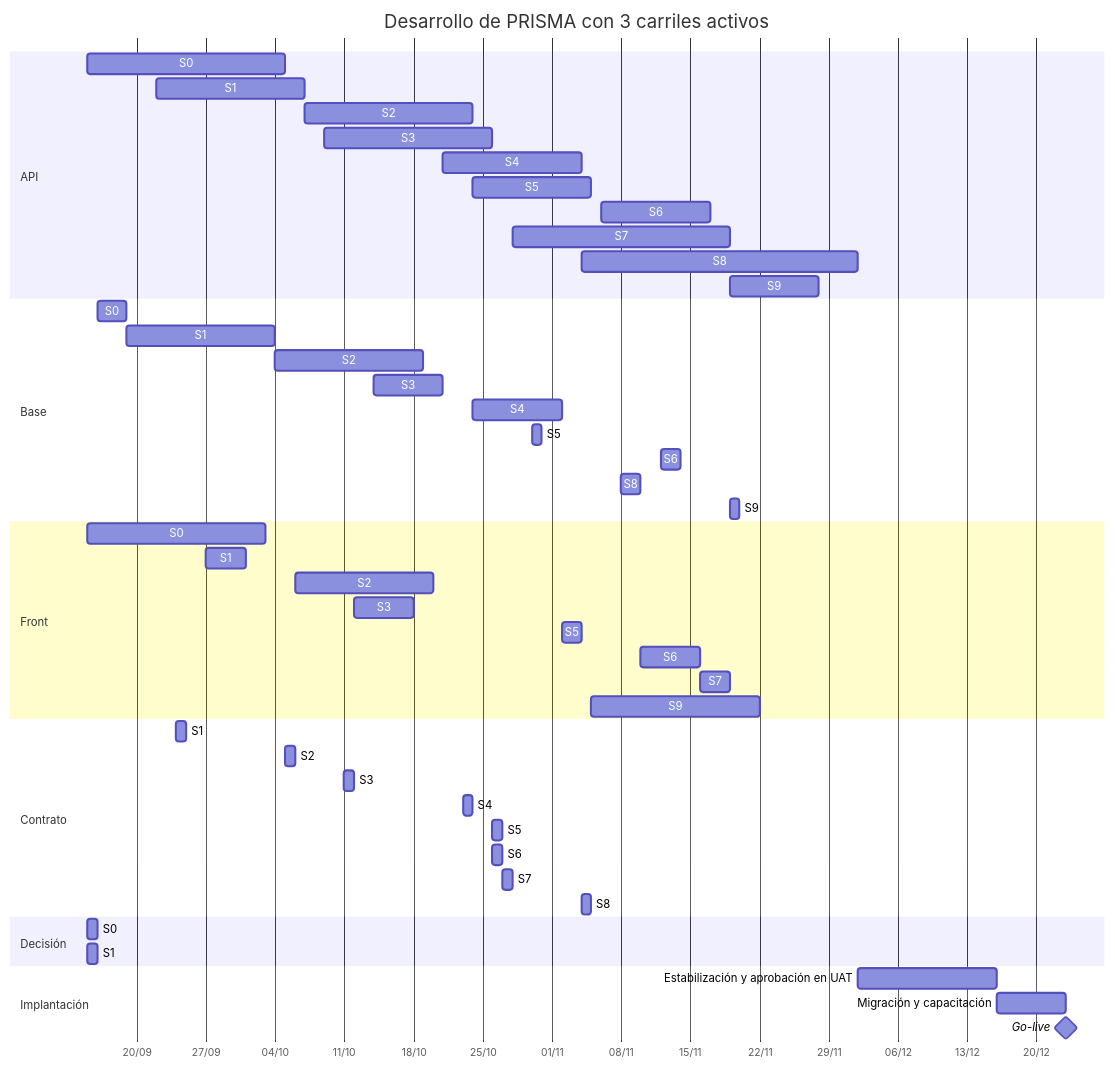
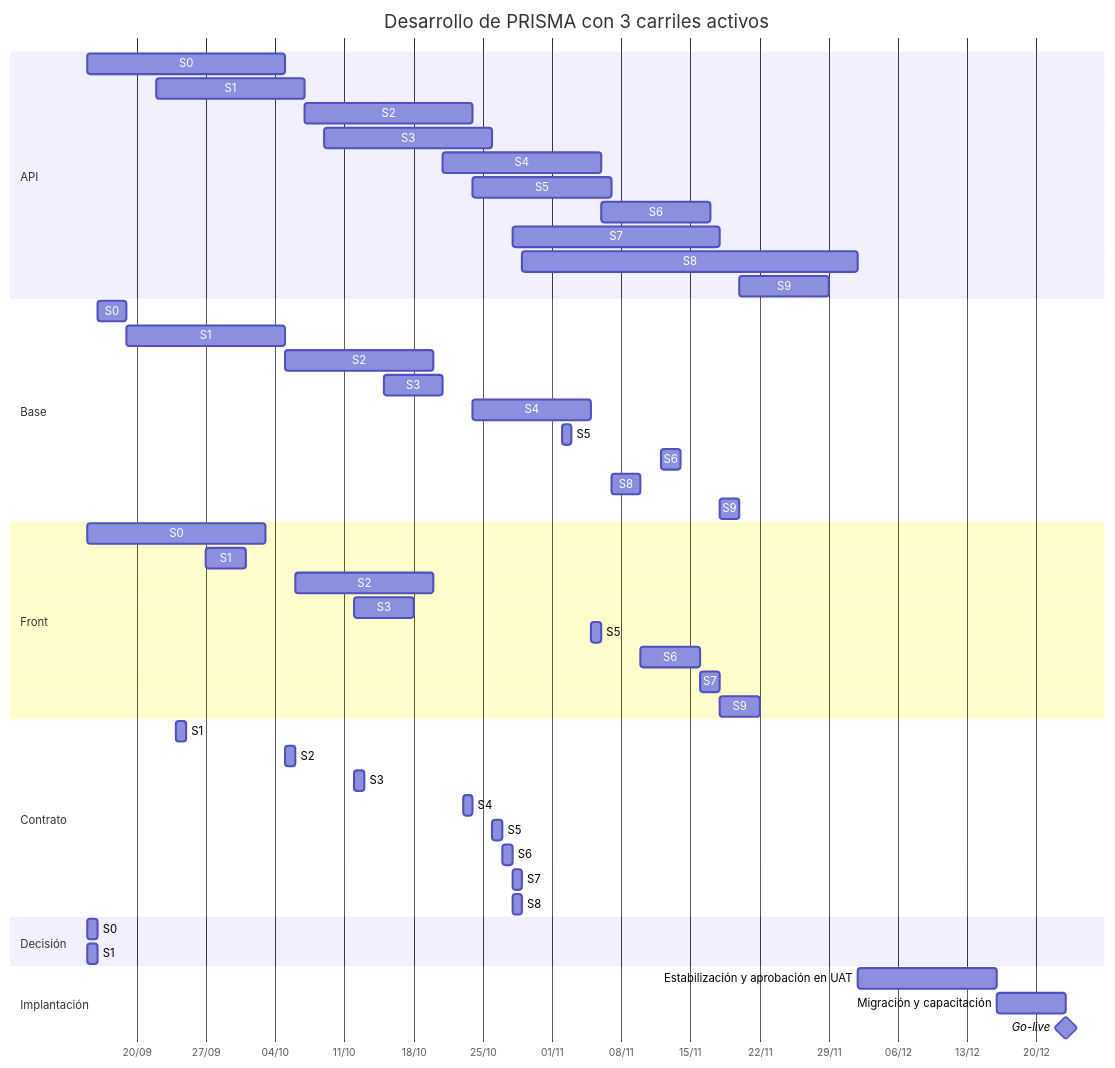
Before and after one commit to Juanchope039/Finanzas-PRISMA: the first of 2 diagrams in docs/08-plan-de-desarrollo.md, drawn with Mermaid. The commit also changed other lines of this file and 6 other files, not shown here.

````diff
--- a/docs/08-plan-de-desarrollo.md
+++ b/docs/08-plan-de-desarrollo.md
@@ -172,58 +172,58 @@
 ```mermaid
 gantt
     title Desarrollo de PRISMA con 3 carriles activos
     dateFormat YYYY-MM-DD
     axisFormat %d/%m
 
     section API
     S0 :api0, 2026-09-15, 2026-10-05
     S1 :api1, 2026-09-22, 2026-10-07
     S2 :api2, 2026-10-07, 2026-10-24
     S3 :api3, 2026-10-09, 2026-10-26
-    S4 :api4, 2026-10-21, 2026-11-04
-    S5 :api5, 2026-10-24, 2026-11-05
+    S4 :api4, 2026-10-21, 2026-11-06
+    S5 :api5, 2026-10-24, 2026-11-07
     S6 :api6, 2026-11-06, 2026-11-17
-    S7 :api7, 2026-10-28, 2026-11-19
-    S8 :api8, 2026-11-04, 2026-12-02
-    S9 :api9, 2026-11-19, 2026-11-28
+    S7 :api7, 2026-10-28, 2026-11-18
+    S8 :api8, 2026-10-29, 2026-12-02
+    S9 :api9, 2026-11-20, 2026-11-29
 
     section Base
     S0 :base0, 2026-09-16, 2026-09-19
-    S1 :base1, 2026-09-19, 2026-10-04
-    S2 :base2, 2026-10-04, 2026-10-19
-    S3 :base3, 2026-10-14, 2026-10-21
-    S4 :base4, 2026-10-24, 2026-11-02
-    S5 :base5, 2026-10-30, 2026-10-31
+    S1 :base1, 2026-09-19, 2026-10-05
+    S2 :base2, 2026-10-05, 2026-10-20
+    S3 :base3, 2026-10-15, 2026-10-21
+    S4 :base4, 2026-10-24, 2026-11-05
+    S5 :base5, 2026-11-02, 2026-11-03
     S6 :base6, 2026-11-12, 2026-11-14
-    S8 :base8, 2026-11-08, 2026-11-10
-    S9 :base9, 2026-11-19, 2026-11-20
+    S8 :base8, 2026-11-07, 2026-11-10
+    S9 :base9, 2026-11-18, 2026-11-20
 
     section Front
     S0 :front0, 2026-09-15, 2026-10-03
     S1 :front1, 2026-09-27, 2026-10-01
     S2 :front2, 2026-10-06, 2026-10-20
     S3 :front3, 2026-10-12, 2026-10-18
-    S5 :front5, 2026-11-02, 2026-11-04
+    S5 :front5, 2026-11-05, 2026-11-06
     S6 :front6, 2026-11-10, 2026-11-16
-    S7 :front7, 2026-11-16, 2026-11-19
-    S9 :front9, 2026-11-05, 2026-11-22
+    S7 :front7, 2026-11-16, 2026-11-18
+    S9 :front9, 2026-11-18, 2026-11-22
 
     section Contrato
     S1 :contrato1, 2026-09-24, 2026-09-25
     S2 :contrato2, 2026-10-05, 2026-10-06
-    S3 :contrato3, 2026-10-11, 2026-10-12
+    S3 :contrato3, 2026-10-12, 2026-10-13
     S4 :contrato4, 2026-10-23, 2026-10-24
     S5 :contrato5, 2026-10-26, 2026-10-27
-    S6 :contrato6, 2026-10-26, 2026-10-27
-    S7 :contrato7, 2026-10-27, 2026-10-28
-    S8 :contrato8, 2026-11-04, 2026-11-05
+    S6 :contrato6, 2026-10-27, 2026-10-28
+    S7 :contrato7, 2026-10-28, 2026-10-29
+    S8 :contrato8, 2026-10-28, 2026-10-29
 
     section Decisión
     S0 :decisin0, 2026-09-15, 2026-09-16
     S1 :decisin1, 2026-09-15, 2026-09-16
 
     section Implantación
     Estabilización y aprobación en UAT :est, 2026-12-02, 2026-12-16
     Migración y capacitación :mig, 2026-12-16, 2026-12-23
     Go-live :milestone, 2026-12-23, 0d
 ```
````
